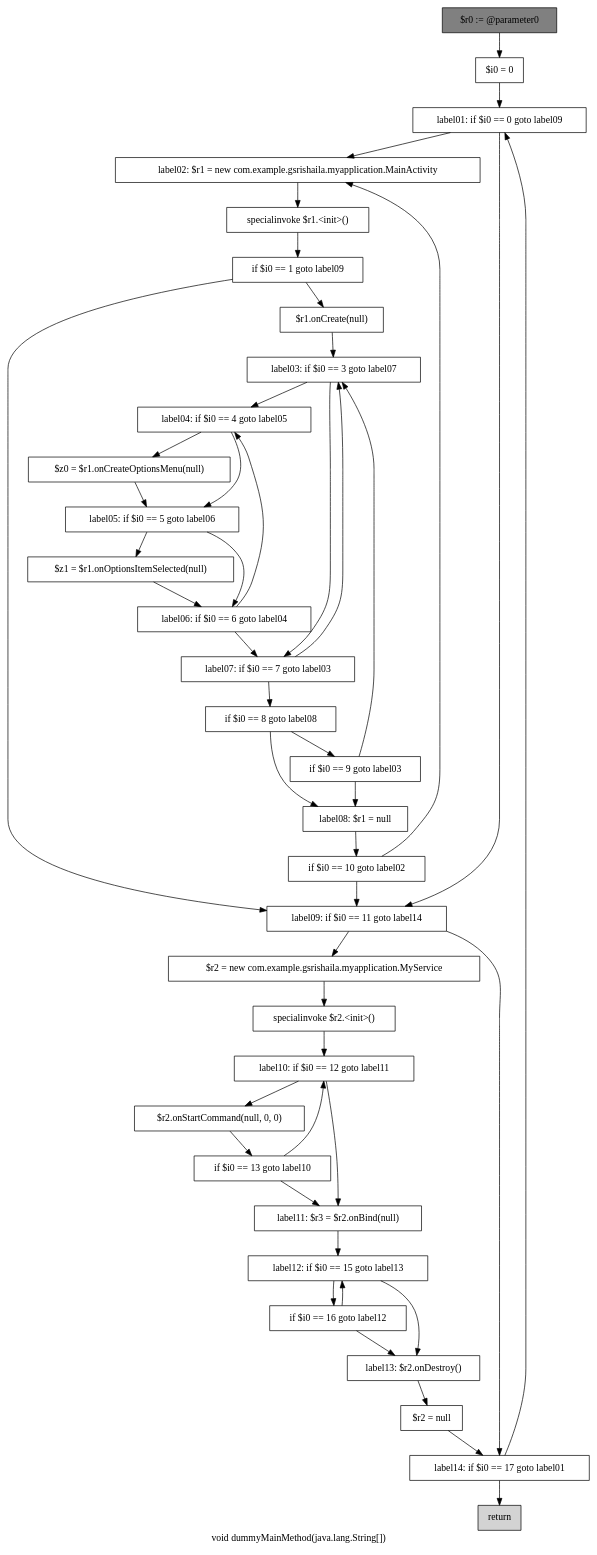
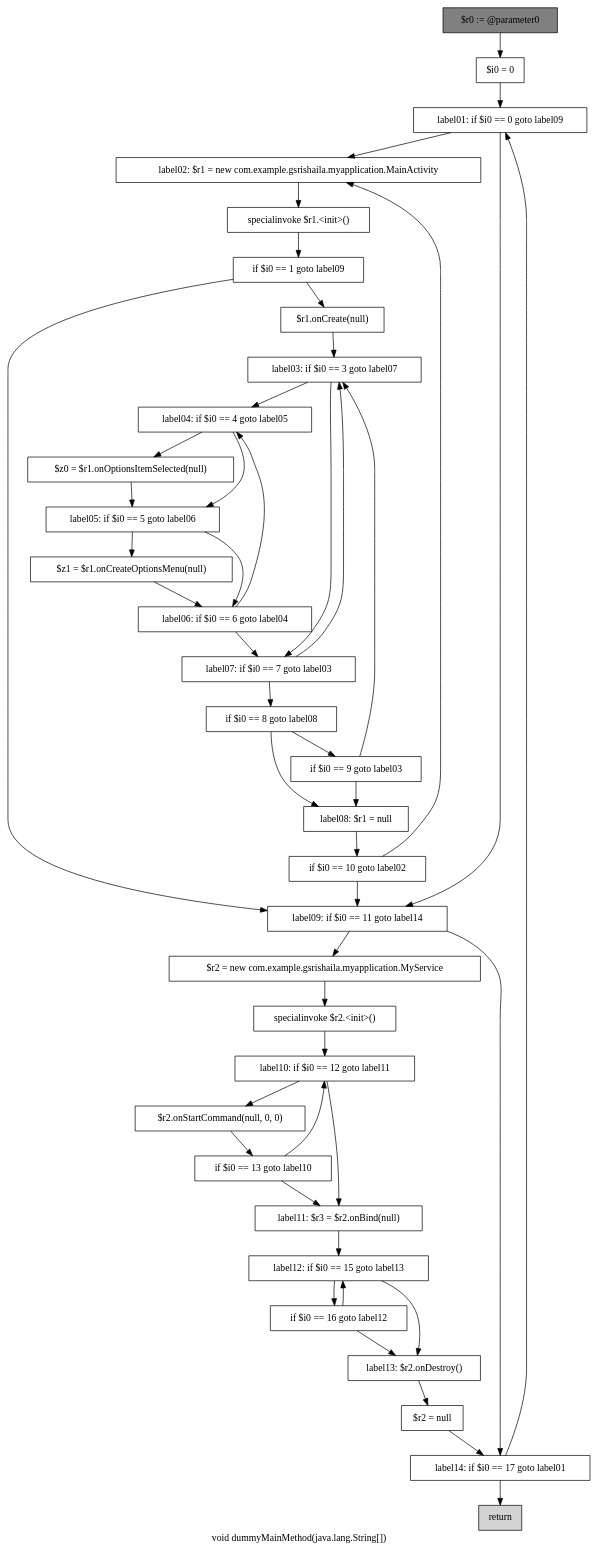
The diagram in soot-infoflow-android-develop/dummyMainMethod.dot (gsrishaila/summer), drawn with Graphviz before and after one commit. The commit also changed 15 other files, not shown here.

Commit message:
merged onOptionsItemSelected function to dummyMainMethodCFG

```diff
--- a/soot-infoflow-android-develop/dummyMainMethod.dot
+++ b/soot-infoflow-android-develop/dummyMainMethod.dot
@@ -1,81 +1,81 @@
 digraph "void dummyMainMethod(java.lang.String[])" {
     label="void dummyMainMethod(java.lang.String[])";
     node [shape=box];
     "0" [style=filled,fillcolor=gray,label="$r0 := @parameter0",];
     "1" [label="$i0 = 0",];
     "0"->"1";
     "2" [label="label01: if $i0 == 0 goto label09",];
     "1"->"2";
     "3" [label="label02: $r1 = new com.example.gsrishaila.myapplication.MainActivity",];
     "2"->"3";
     "18" [label="label09: if $i0 == 11 goto label14",];
     "2"->"18";
     "4" [label="specialinvoke $r1.<init>()",];
     "3"->"4";
     "5" [label="if $i0 == 1 goto label09",];
     "4"->"5";
     "6" [label="$r1.onCreate(null)",];
     "5"->"6";
     "5"->"18";
     "7" [label="label03: if $i0 == 3 goto label07",];
     "6"->"7";
     "8" [label="label04: if $i0 == 4 goto label05",];
     "7"->"8";
     "13" [label="label07: if $i0 == 7 goto label03",];
     "7"->"13";
-    "9" [label="$z0 = $r1.onCreateOptionsMenu(null)",];
+    "9" [label="$z0 = $r1.onOptionsItemSelected(null)",];
     "8"->"9";
     "10" [label="label05: if $i0 == 5 goto label06",];
     "8"->"10";
     "9"->"10";
-    "11" [label="$z1 = $r1.onOptionsItemSelected(null)",];
+    "11" [label="$z1 = $r1.onCreateOptionsMenu(null)",];
     "10"->"11";
     "12" [label="label06: if $i0 == 6 goto label04",];
     "10"->"12";
     "11"->"12";
     "12"->"8";
     "12"->"13";
     "13"->"7";
     "14" [label="if $i0 == 8 goto label08",];
     "13"->"14";
     "15" [label="if $i0 == 9 goto label03",];
     "14"->"15";
     "16" [label="label08: $r1 = null",];
     "14"->"16";
     "15"->"7";
     "15"->"16";
     "17" [label="if $i0 == 10 goto label02",];
     "16"->"17";
     "17"->"3";
     "17"->"18";
     "19" [label="$r2 = new com.example.gsrishaila.myapplication.MyService",];
     "18"->"19";
     "29" [label="label14: if $i0 == 17 goto label01",];
     "18"->"29";
     "20" [label="specialinvoke $r2.<init>()",];
     "19"->"20";
     "21" [label="label10: if $i0 == 12 goto label11",];
     "20"->"21";
     "22" [label="$r2.onStartCommand(null, 0, 0)",];
     "21"->"22";
     "24" [label="label11: $r3 = $r2.onBind(null)",];
     "21"->"24";
     "23" [label="if $i0 == 13 goto label10",];
     "22"->"23";
     "23"->"21";
     "23"->"24";
     "25" [label="label12: if $i0 == 15 goto label13",];
     "24"->"25";
     "26" [label="if $i0 == 16 goto label12",];
     "25"->"26";
     "27" [label="label13: $r2.onDestroy()",];
     "25"->"27";
     "26"->"25";
     "26"->"27";
     "28" [label="$r2 = null",];
     "27"->"28";
     "28"->"29";
     "29"->"2";
     "30" [style=filled,fillcolor=lightgray,label="return",];
     "29"->"30";
 }
```
